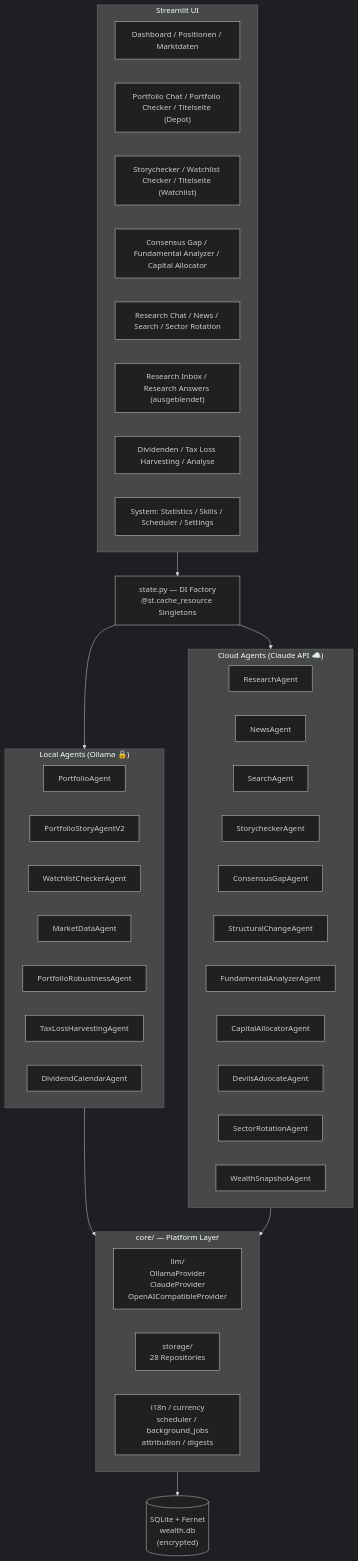
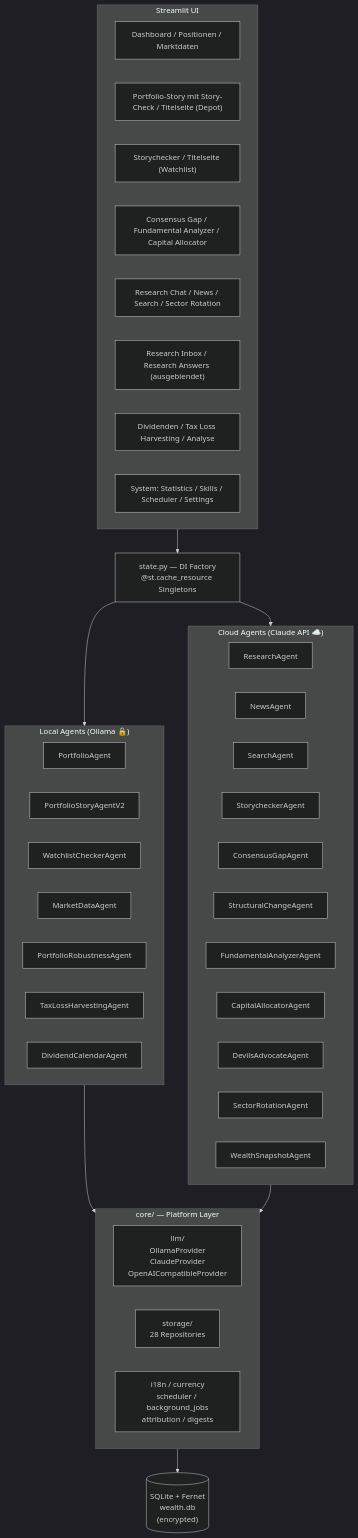
Before and after one commit to esc1899/wealth_management: the first of 3 diagrams in ARCHITECTURE.md, drawn with Mermaid (dark theme). The commit also changed 9 other files, not shown here.

First line of the commit message:
Story-Check unter Portfolio-Story, Gruppe Assistent aufgeloest

````diff
--- a/ARCHITECTURE.md
+++ b/ARCHITECTURE.md
@@ -5,54 +5,54 @@
 ```mermaid
 graph TD
     subgraph UI["Streamlit UI"]
         PG1["Dashboard / Positionen / Marktdaten"]
-        PG2["Portfolio Chat / Portfolio Checker / Titelseite (Depot)"]
-        PG3["Storychecker / Watchlist Checker / Titelseite (Watchlist)"]
+        PG2["Portfolio-Story mit Story-Check / Titelseite (Depot)"]
+        PG3["Storychecker / Titelseite (Watchlist)"]
         PG4["Consensus Gap / Fundamental Analyzer / Capital Allocator"]
         PG5["Research Chat / News / Search / Sector Rotation"]
         PG6["Research Inbox / Research Answers (ausgeblendet)"]
         PG7["Dividenden / Tax Loss Harvesting / Analyse"]
         PG8["System: Statistics / Skills / Scheduler / Settings"]
     end
 
     state["state.py — DI Factory<br/>@st.cache_resource Singletons"]
 
     subgraph Local["Local Agents (Ollama 🔒)"]
         PA["PortfolioAgent"]
         PSA["PortfolioStoryAgentV2"]
         WCA["WatchlistCheckerAgent"]
         MDA["MarketDataAgent"]
         PRA["PortfolioRobustnessAgent"]
         TLH["TaxLossHarvestingAgent"]
         DCA["DividendCalendarAgent"]
     end
 
     subgraph Cloud["Cloud Agents (Claude API ☁️)"]
         RA["ResearchAgent"]
         NA["NewsAgent"]
         SA["SearchAgent"]
         SCA["StorycheckerAgent"]
         CGA["ConsensusGapAgent"]
         STA["StructuralChangeAgent"]
         FAA["FundamentalAnalyzerAgent"]
         CAA["CapitalAllocatorAgent"]
         DAA["DevilsAdvocateAgent"]
         SRA["SectorRotationAgent"]
         WSA["WealthSnapshotAgent"]
     end
 
     subgraph Core["core/ — Platform Layer"]
         LLM["llm/<br/>OllamaProvider<br/>ClaudeProvider<br/>OpenAICompatibleProvider"]
         STOR["storage/<br/>28 Repositories"]
         UTIL["i18n / currency<br/>scheduler / background_jobs<br/>attribution / digests"]
     end
 
     DB[("SQLite + Fernet<br/>wealth.db<br/>(encrypted)")]
 
     UI --> state
     state --> Local
     state --> Cloud
     Local --> Core
     Cloud --> Core
     Core --> DB
 ```
````
